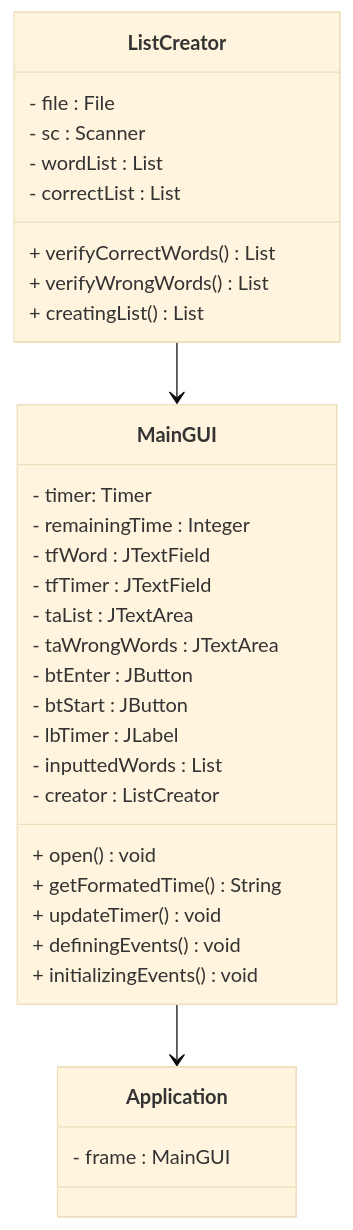
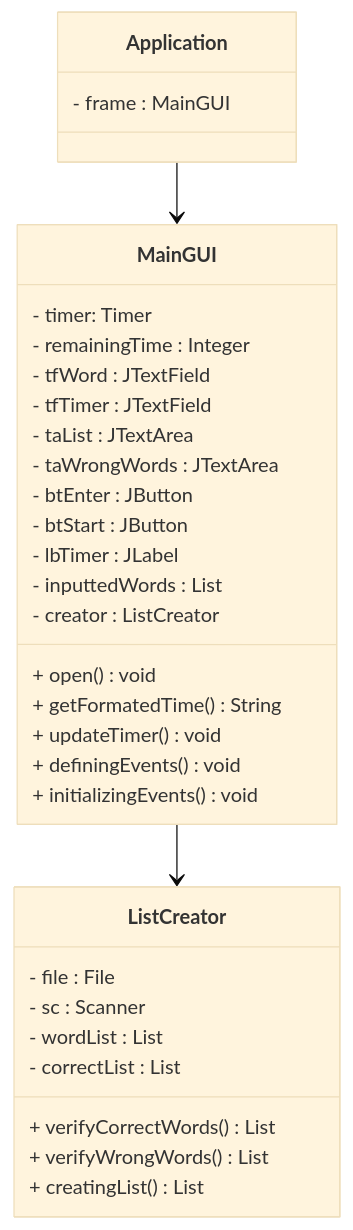
One commit to gabrielguidini/pooGame changed the diagram in README.md. Above: the diagram before and after it, drawn with Mermaid (base theme).

Commit message:
updating realtional diagram

````diff
--- a/README.md
+++ b/README.md
@@ -2,40 +2,40 @@
 ```mermaid
 classDiagram
     class Application{
         - frame : MainGUI
     }
 
     class MainGUI{
         - timer: Timer
         - remainingTime : Integer
         - tfWord : JTextField
         - tfTimer : JTextField
         - taList : JTextArea
         - taWrongWords : JTextArea
         - btEnter : JButton
         - btStart : JButton
         - lbTimer : JLabel 
         - inputtedWords : List
         - creator : ListCreator
 
         + open() void
         + getFormatedTime() String
         + updateTimer() void
         + definingEvents() void
         + initializingEvents() void
     }
 
     class ListCreator{
         - file : File
         - sc : Scanner
         - wordList : List
         - correctList : List
 
         + verifyCorrectWords() List
         + verifyWrongWords() List
         + creatingList() List
     }
 
-    ListCreator --> MainGUI
-    MainGUI --> Application
+    MainGUI --> ListCreator
+    Application --> MainGUI
 ```
````
